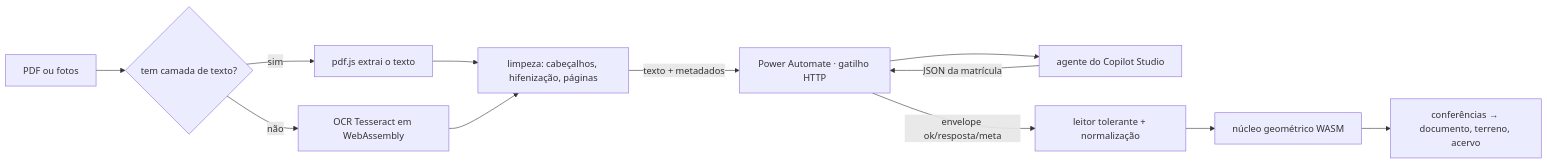
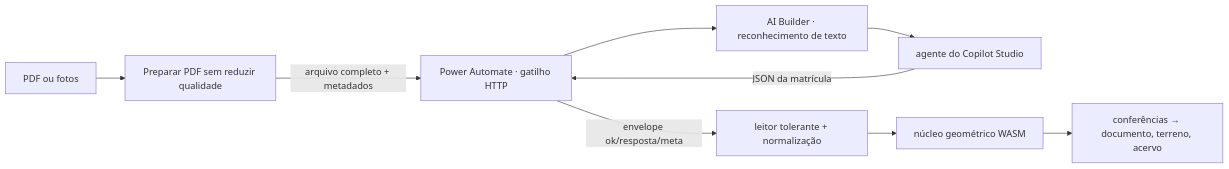
Before and after one commit to dougpattr/matreader: the diagram in README.md, drawn with Mermaid. The commit also changed other lines of this file and 19 other files, not shown here.

Commit message:
Transfere leitura de documentos para AI Builder no Power Automate

````diff
--- a/README.md
+++ b/README.md
@@ -55,14 +55,11 @@
 ```mermaid
 flowchart LR
-  A[PDF ou fotos] --> B{tem camada de texto?}
-  B -- sim --> C[pdf.js extrai o texto]
-  B -- não --> D[OCR Tesseract em WebAssembly]
-  C --> E[limpeza: cabeçalhos, hifenização, páginas]
-  D --> E
-  E -->|texto + metadados| F[Power Automate · gatilho HTTP]
-  F --> G[agente do Copilot Studio]
+  A[PDF ou fotos] --> B[Preparar PDF sem reduzir qualidade]
+  B -->|arquivo completo + metadados| F[Power Automate · gatilho HTTP]
+  F --> C[AI Builder · reconhecimento de texto]
+  C --> G[agente do Copilot Studio]
   G -->|JSON da matrícula| F
   F -->|envelope ok/resposta/meta| H[leitor tolerante + normalização]
   H --> I[núcleo geométrico WASM]
   I --> J[conferências → documento, terreno, acervo]
 ```
````
